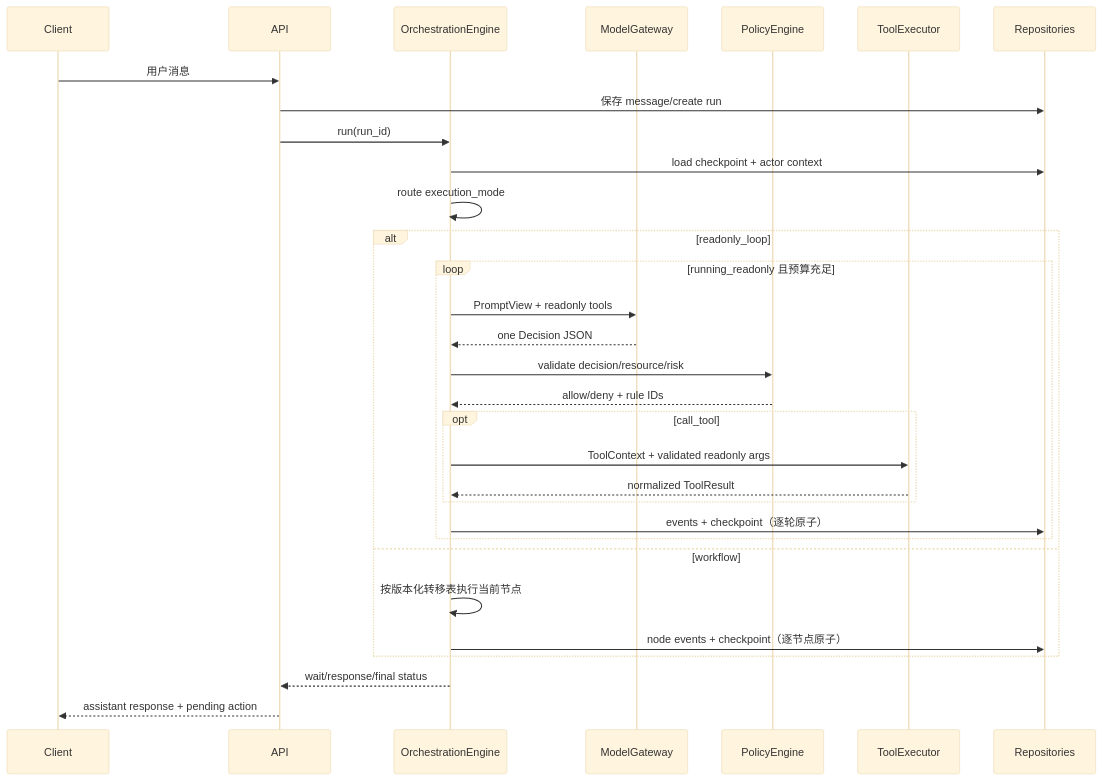
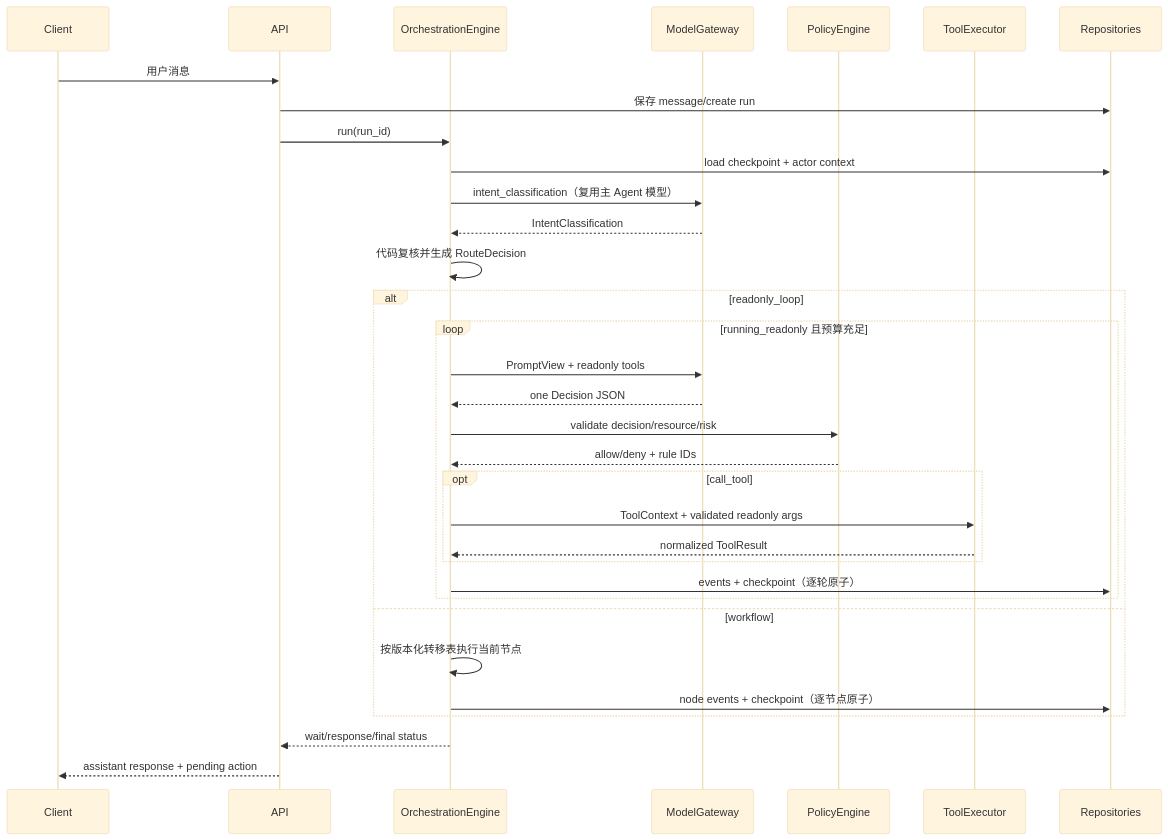
The fifth of 6 diagrams in docs/plan/feasibility-and-implementation-plan.md (MMMDY/CommerceAgent), drawn with Mermaid (base theme) before and after one commit. The commit also changed other lines of this file and 1 other file, not shown here.

Commit message:
docs: 明确意图分类复用主模型

````diff
--- a/docs/plan/feasibility-and-implementation-plan.md
+++ b/docs/plan/feasibility-and-implementation-plan.md
@@ -1440,34 +1451,36 @@
 ```mermaid
 sequenceDiagram
     participant Client
     participant API
     participant Runtime as OrchestrationEngine
     participant Model as ModelGateway
     participant Policy as PolicyEngine
     participant Tool as ToolExecutor
     participant Store as Repositories
 
     Client->>API: 用户消息
     API->>Store: 保存 message/create run
     API->>Runtime: run(run_id)
     Runtime->>Store: load checkpoint + actor context
-    Runtime->>Runtime: route execution_mode
+    Runtime->>Model: intent_classification（复用主 Agent 模型）
+    Model-->>Runtime: IntentClassification
+    Runtime->>Runtime: 代码复核并生成 RouteDecision
     alt readonly_loop
         loop running_readonly 且预算充足
             Runtime->>Model: PromptView + readonly tools
             Model-->>Runtime: one Decision JSON
             Runtime->>Policy: validate decision/resource/risk
             Policy-->>Runtime: allow/deny + rule IDs
             opt call_tool
                 Runtime->>Tool: ToolContext + validated readonly args
                 Tool-->>Runtime: normalized ToolResult
             end
             Runtime->>Store: events + checkpoint（逐轮原子）
         end
     else workflow
         Runtime->>Runtime: 按版本化转移表执行当前节点
         Runtime->>Store: node events + checkpoint（逐节点原子）
     end
     Runtime-->>API: wait/response/final status
     API-->>Client: assistant response + pending action
 ```
````
